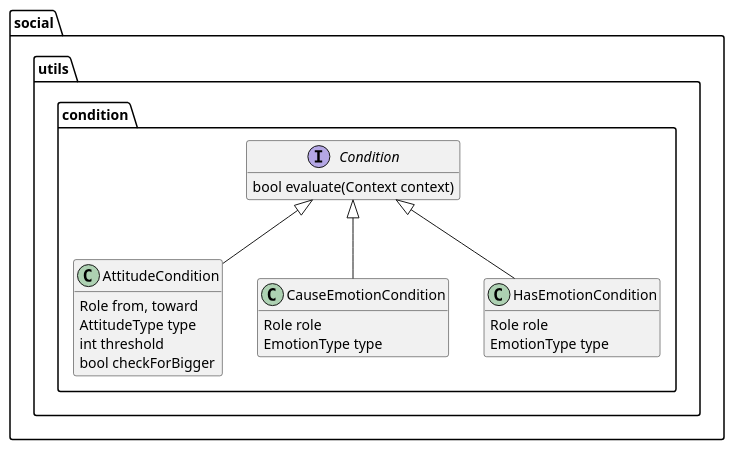
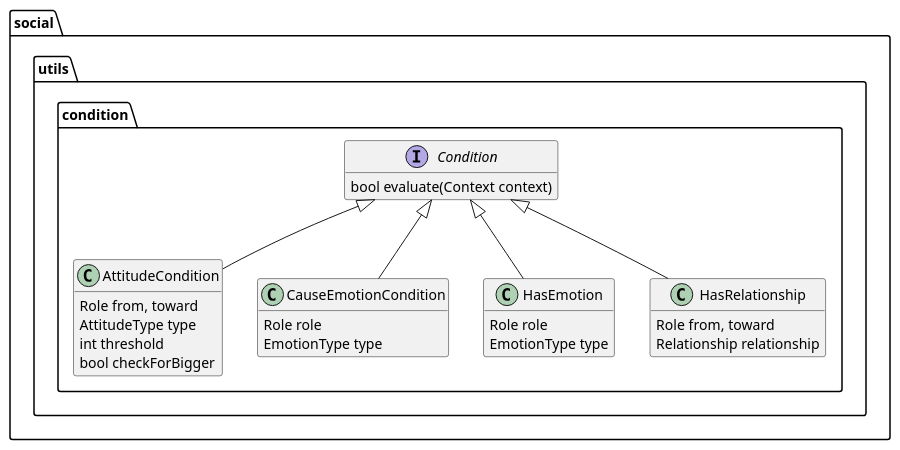
The diagram in doc/design/condition.puml (Orchaldir/SocialSimulation), drawn with PlantUML before and after one commit. The commit also changed 1 other file, not shown here.

Commit message:
[#11] Add effects & condition for relationship

```diff
--- a/doc/design/condition.puml
+++ b/doc/design/condition.puml
@@ -1,35 +1,41 @@
 @startuml
 
 hide empty members
 
 package social.utils.condition {
 
 interface Condition {
   bool evaluate(Context context)
 }
 
 class AttitudeCondition {
   Role from, toward
   AttitudeType type
   int threshold
   bool checkForBigger
 }
 
 class CauseEmotionCondition {
   Role role
   EmotionType type
 }
 
-class HasEmotionCondition {
+class HasEmotion {
   Role role
   EmotionType type
+}
+
+class HasRelationship {
+  Role from, toward
+  Relationship relationship
 }
 
 }
 
 Condition <|-- AttitudeCondition
 Condition <|-- CauseEmotionCondition
-Condition <|-- HasEmotionCondition
+Condition <|-- HasEmotion
+Condition <|-- HasRelationship
 
 
 @enduml
```
